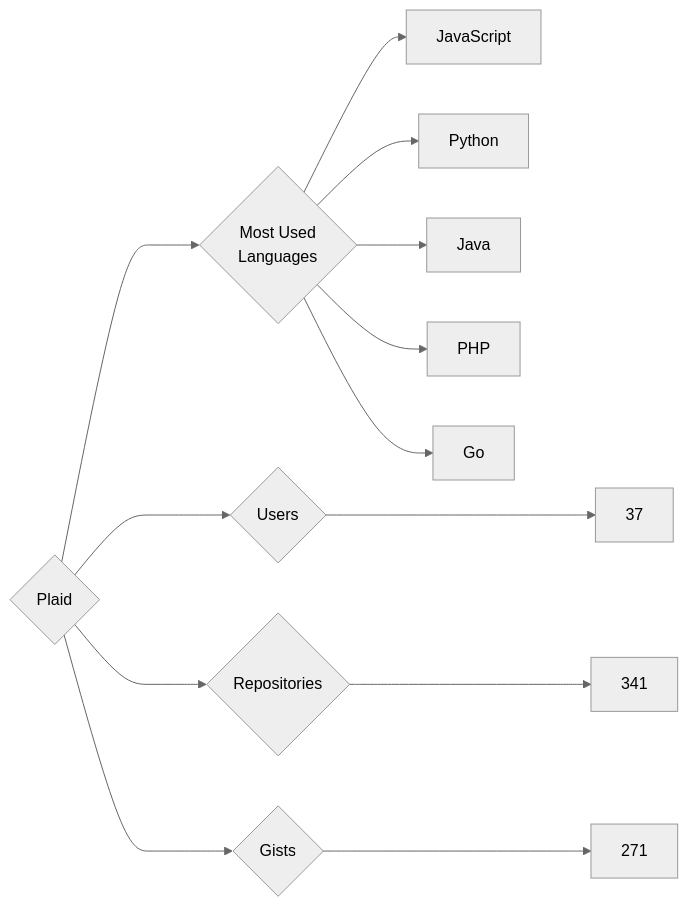
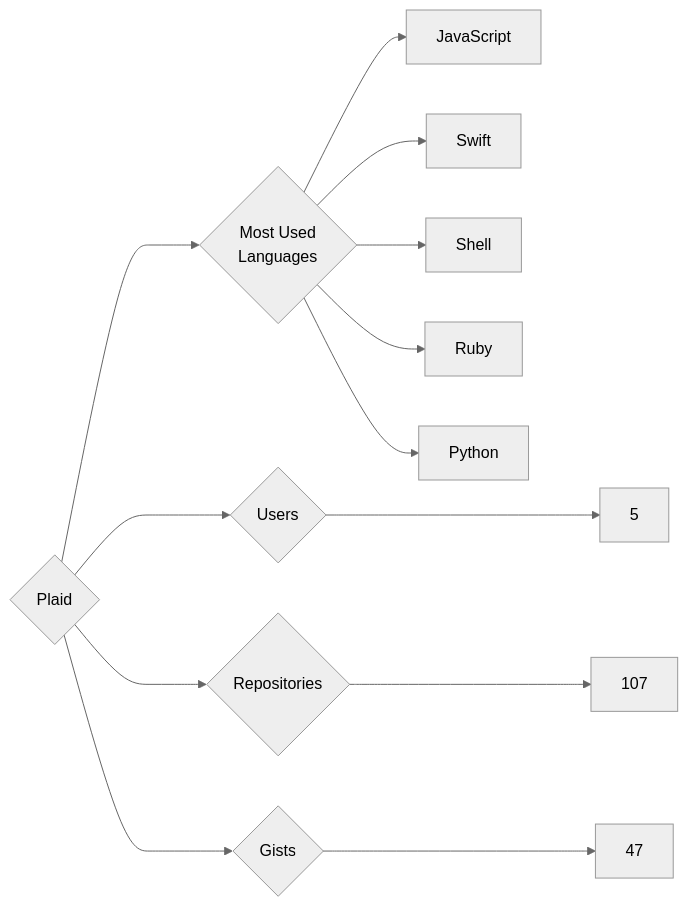
One commit to trickest/insiders changed the diagram in targets/Plaid/README.md. Above: the diagram before and after it, drawn with Mermaid (neutral theme). The commit also changed 953 other files, not shown here.

````diff
--- a/targets/Plaid/README.md
+++ b/targets/Plaid/README.md
@@ -3,13 +3,13 @@
 ```mermaid
 graph LR
 COMPANY_NAME{Plaid}
-COMPANY_NAME ---> U{Users} ---> UN[37]
-COMPANY_NAME ---> R{Repositories} ---> RN[341]
-COMPANY_NAME ---> G{Gists} ---> GN[271]
+COMPANY_NAME ---> U{Users} ---> UN[5]
+COMPANY_NAME ---> R{Repositories} ---> RN[107]
+COMPANY_NAME ---> G{Gists} ---> GN[47]
 COMPANY_NAME ---> ML{Most Used<br>Languages}
 ML --> JavaScript[JavaScript]
+ML --> Swift[Swift]
+ML --> Shell[Shell]
+ML --> Ruby[Ruby]
 ML --> Python[Python]
-ML --> Java[Java]
-ML --> PHP[PHP]
-ML --> Go[Go]
 ```
````
